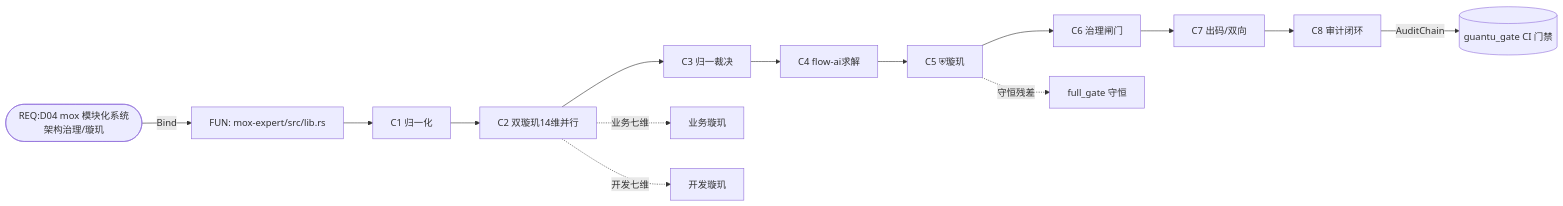
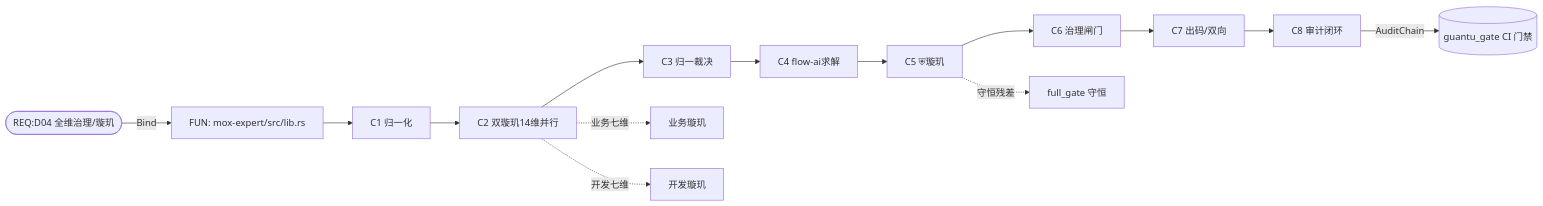
One commit to aikjx/mox changed the diagram in docs/_archive/2026-08-16/璇玑-mox 模块化系统架构分析-TraceMatrix-六维绑定追溯.md. Above: the diagram before and after it, drawn with Mermaid. The commit also changed other lines of this file and 184 other files, not shown here.

````diff
--- a/docs/_archive/2026-08-16/璇玑-mox 模块化系统架构分析-TraceMatrix-六维绑定追溯.md
+++ b/docs/_archive/2026-08-16/璇玑-mox 模块化系统架构分析-TraceMatrix-六维绑定追溯.md
@@ -70,16 +70,16 @@
 ```mermaid
 flowchart LR
-  D04([REQ:D04 mox 模块化系统架构治理/璇玑]) -->|Bind| LIB[FUN: mox-expert/src/lib.rs]
+  D04([REQ:D04 全维治理/璇玑]) -->|Bind| LIB[FUN: mox-expert/src/lib.rs]
   LIB --> C1[C1 归一化]
   C1 --> C2[C2 双璇玑14维并行]
   C2 --> C3[C3 归一裁决]
   C3 --> C4[C4 flow-ai求解]
   C4 --> C5[C5 ⛨璇玑]
   C5 --> C6[C6 治理闸门]
   C6 --> C7[C7 出码/双向]
   C7 --> C8[C8 审计闭环]
   C8 -->|AuditChain| CI[(guantu_gate CI 门禁)]
   C2 -. 业务七维 .-> BIZ[业务璇玑]
   C2 -. 开发七维 .-> DEV[开发璇玑]
   C5 -. 守恒残差 .-> ALG[full_gate 守恒]
 ```
````
